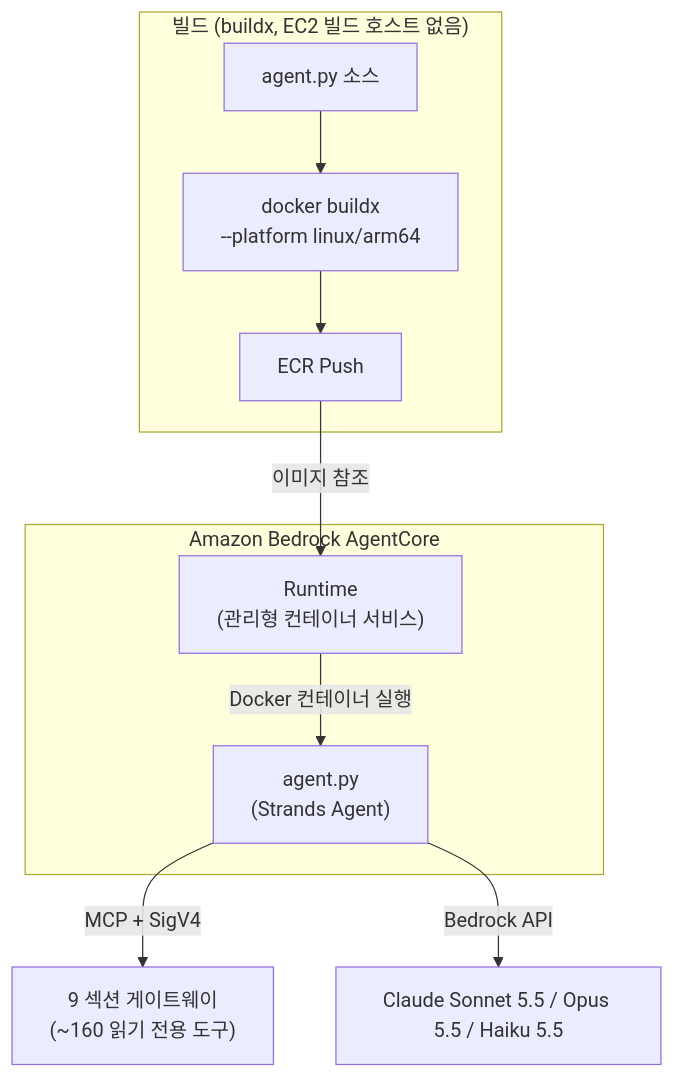
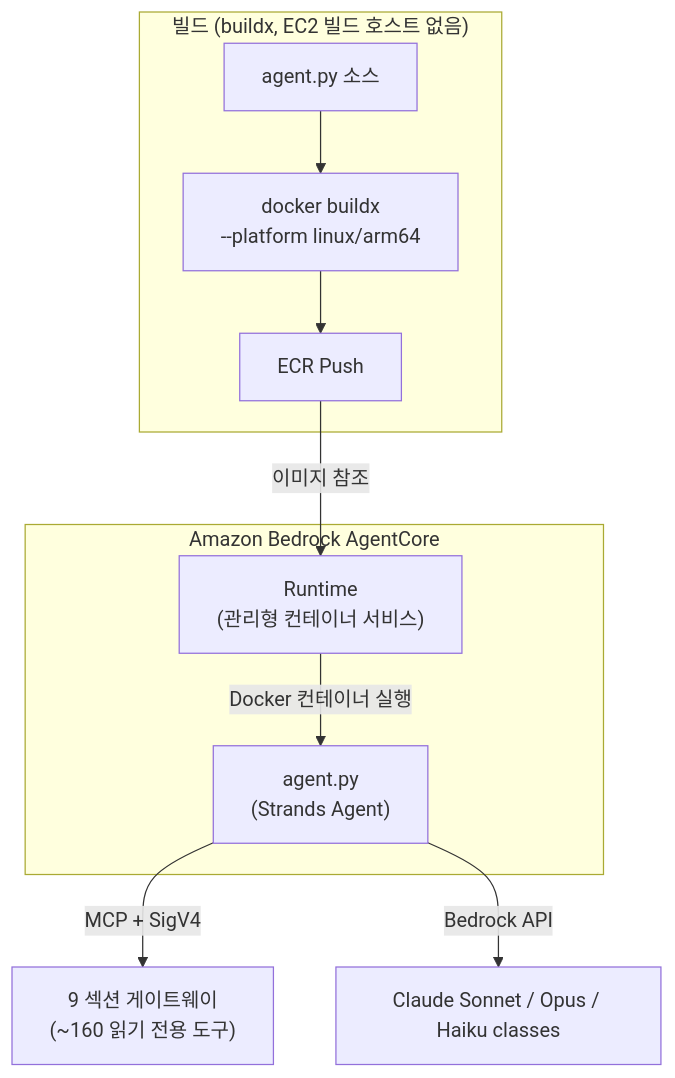
The second of 7 diagrams in docs-site/docs/faq/agentcore-memory.md (aws-samples/sample-awsops), drawn with Mermaid before and after one commit. The commit also changed other lines of this file and 38 other files, not shown here.

````diff
--- a/docs-site/docs/faq/agentcore-memory.md
+++ b/docs-site/docs/faq/agentcore-memory.md
@@ -40,17 +40,17 @@
 ```mermaid
 flowchart TD
   subgraph AC["Amazon Bedrock AgentCore"]
     RT["Runtime<br/>(관리형 컨테이너 서비스)"]
     RT -->|"Docker 컨테이너 실행"| AGENT["agent.py<br/>(Strands Agent)"]
   end
 
   subgraph BUILD["빌드 (buildx, EC2 빌드 호스트 없음)"]
     SRC["agent.py 소스"] --> DOCKER["docker buildx<br/>--platform linux/arm64"]
     DOCKER --> ECR["ECR Push"]
   end
 
   ECR -->|"이미지 참조"| RT
 
   AGENT -->|"MCP + SigV4"| GW["9 섹션 게이트웨이<br/>(~160 읽기 전용 도구)"]
-  AGENT -->|"Bedrock API"| MODEL["Claude Sonnet 5.5 / Opus 5.5 / Haiku 5.5"]
+  AGENT -->|"Bedrock API"| MODEL["Claude Sonnet / Opus / Haiku classes"]
 ```
````
